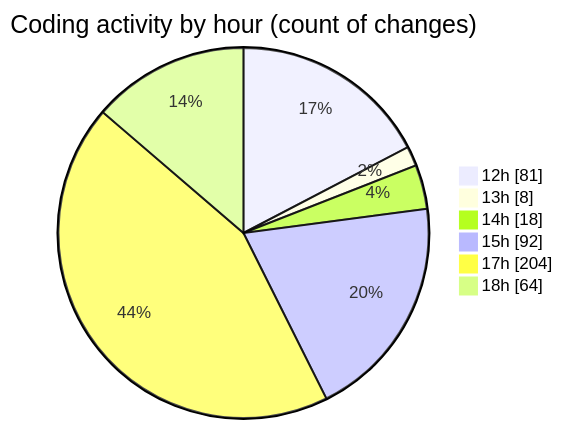
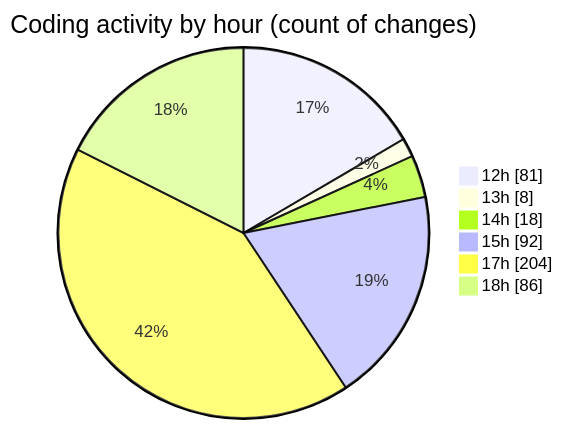
Before and after one commit to Ritupan-Deka/code-tracking: the second of 2 diagrams in 2025-12-28/rust/README.md, drawn with Mermaid. The commit also changed other lines of this file and 1 other file, not shown here.

````diff
--- a/2025-12-28/rust/README.md
+++ b/2025-12-28/rust/README.md
@@ -31,10 +31,10 @@
 ```mermaid
 pie showData
 title Coding activity by hour (count of changes)
 "12h" : 81
 "13h" : 8
 "14h" : 18
 "15h" : 92
 "17h" : 204
-"18h" : 64
+"18h" : 86
 ```
````
